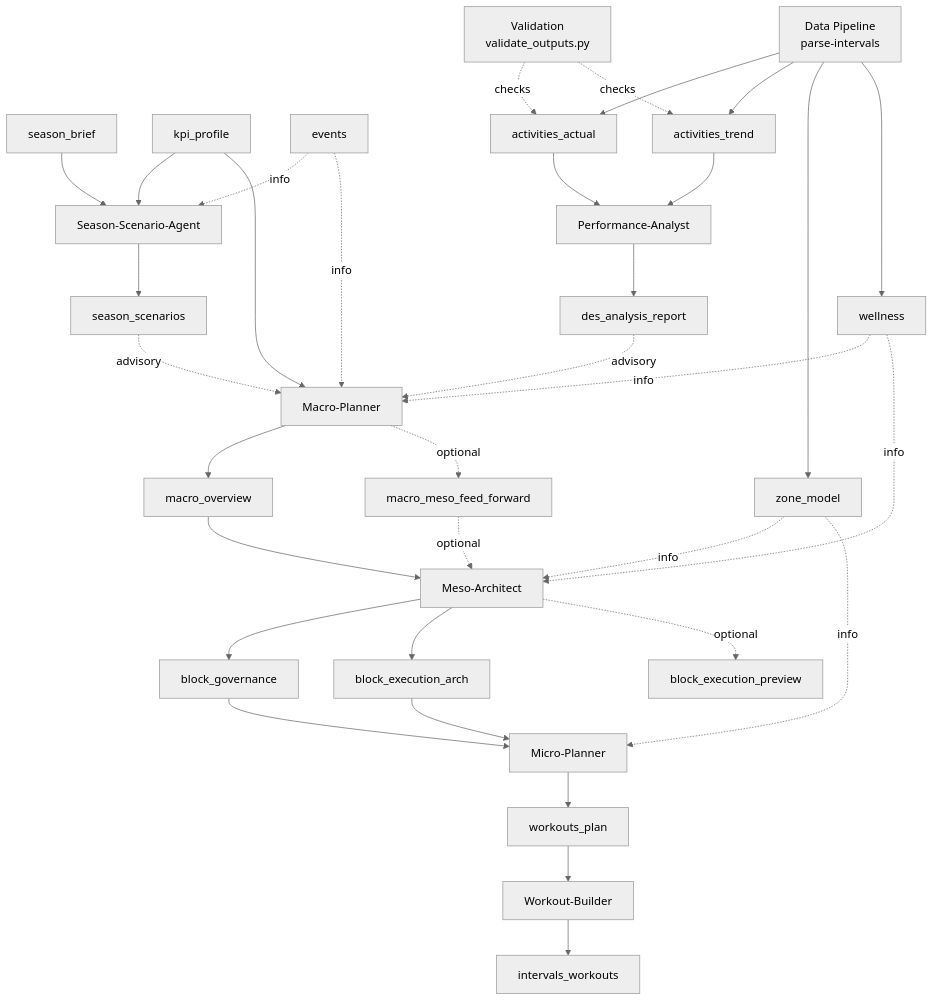
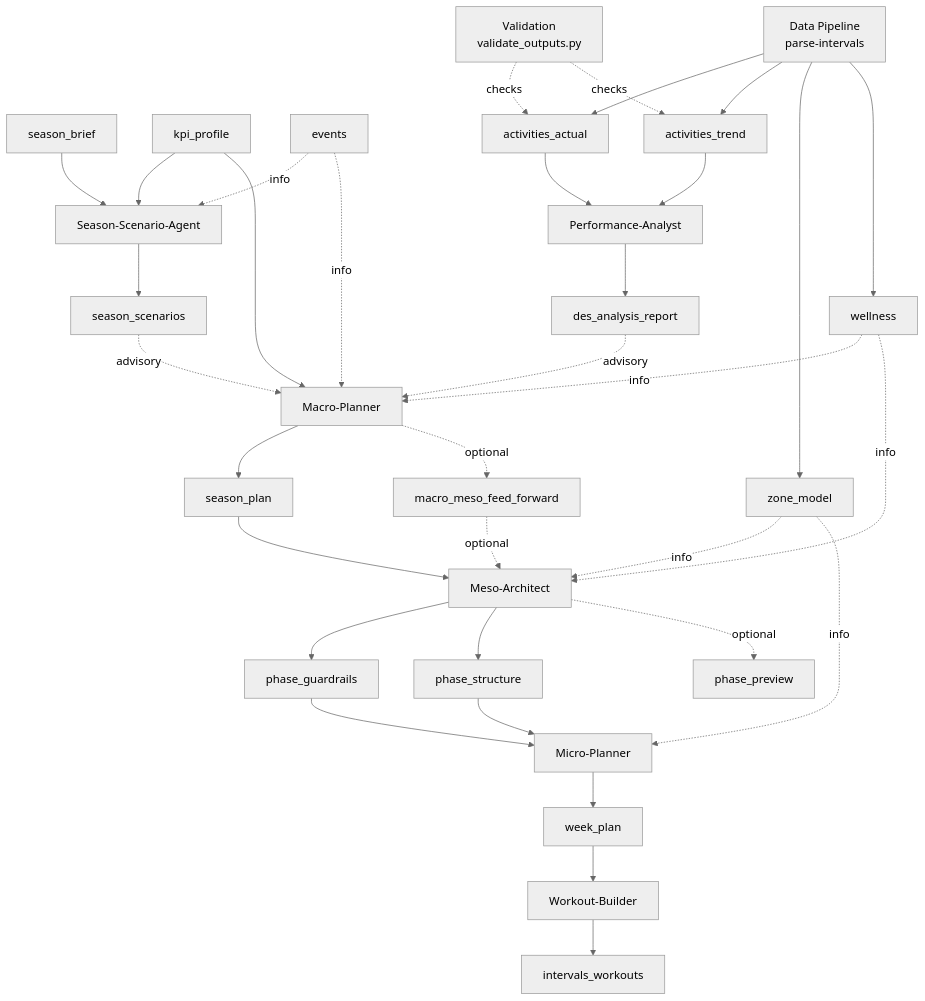
Before and after one commit to albauer-priv/RPS: the first of 3 diagrams in doc/system_architecture.md, drawn with Mermaid (neutral theme). The commit also changed other lines of this file and 94 other files, not shown here.

Commit message:
Rename artefacts to season/phase/weekly naming

````diff
--- a/doc/system_architecture.md
+++ b/doc/system_architecture.md
@@ -30,39 +30,39 @@
 ```mermaid
 flowchart TD
   SB[season_brief] --> SS[Season-Scenario-Agent]
   KP[kpi_profile] --> SS
   SS --> SC[season_scenarios]
   SC -. advisory .-> MA[Macro-Planner]
   KP --> MA
   EV[events] -. info .-> SS
   EV -. info .-> MA
-  MA --> MO[macro_overview]
+  MA --> MO[season_plan]
   MA -. optional .-> MMFF[macro_meso_feed_forward]
 
   MO --> ME[Meso-Architect]
   MMFF -. optional .-> ME
-  ME --> BG[block_governance]
-  ME --> BEA[block_execution_arch]
-  ME -. optional .-> BEP[block_execution_preview]
+  ME --> BG[phase_guardrails]
+  ME --> BEA[phase_structure]
+  ME -. optional .-> BEP[phase_preview]
 
   BG --> MI[Micro-Planner]
   BEA --> MI
-  MI --> WP[workouts_plan]
+  MI --> WP[week_plan]
   WP --> WB[Workout-Builder]
   WB --> WJ[intervals_workouts]
 
   DP[Data Pipeline\nparse-intervals] --> AA[activities_actual]
   DP --> AT[activities_trend]
   DP --> ZM[zone_model]
   DP --> WL[wellness]
   VA[Validation\nvalidate_outputs.py] -. checks .-> AA
   VA -. checks .-> AT
   AA --> PA[Performance-Analyst]
   AT --> PA
   ZM -. info .-> ME
   ZM -. info .-> MI
   WL -. info .-> MA
   WL -. info .-> ME
   PA --> DR[des_analysis_report]
   DR -. advisory .-> MA
 ```
````
